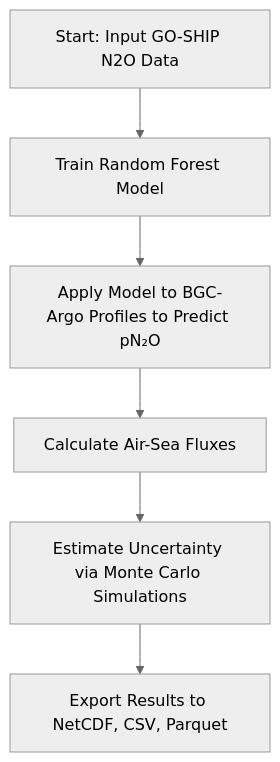
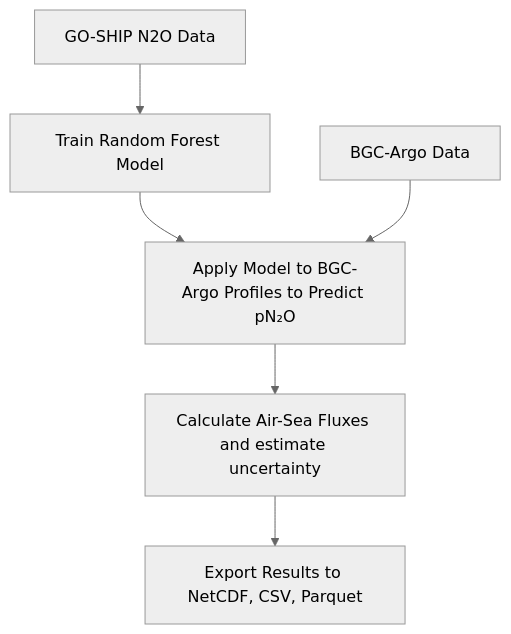
The diagram in README.md (ckelly314/ml-argo-n2o), drawn with Mermaid (neutral theme) before and after one commit.

````diff
--- a/README.md
+++ b/README.md
@@ -26,8 +26,8 @@
 ```mermaid
 flowchart TD
-    A[Start: Input GO-SHIP N2O Data] --> B[Train Random Forest Model]
-    B --> C[Apply Model to BGC-Argo Profiles to Predict pN₂O]
-    C --> D[Calculate Air-Sea Fluxes]
-    D --> E[Estimate Uncertainty via Monte Carlo Simulations]
-    E --> F[Export Results to NetCDF, CSV, Parquet]
+    A["GO-SHIP N2O Data"] --> B["Train Random Forest Model"]
+    B --> C["Apply Model to BGC-Argo Profiles to Predict pN₂O"]
+    C --> D["Calculate Air-Sea Fluxes and estimate uncertainty"]
+    n1["BGC-Argo Data"] --> C
+    D --> F["Export Results to NetCDF, CSV, Parquet"]
 ```
````
